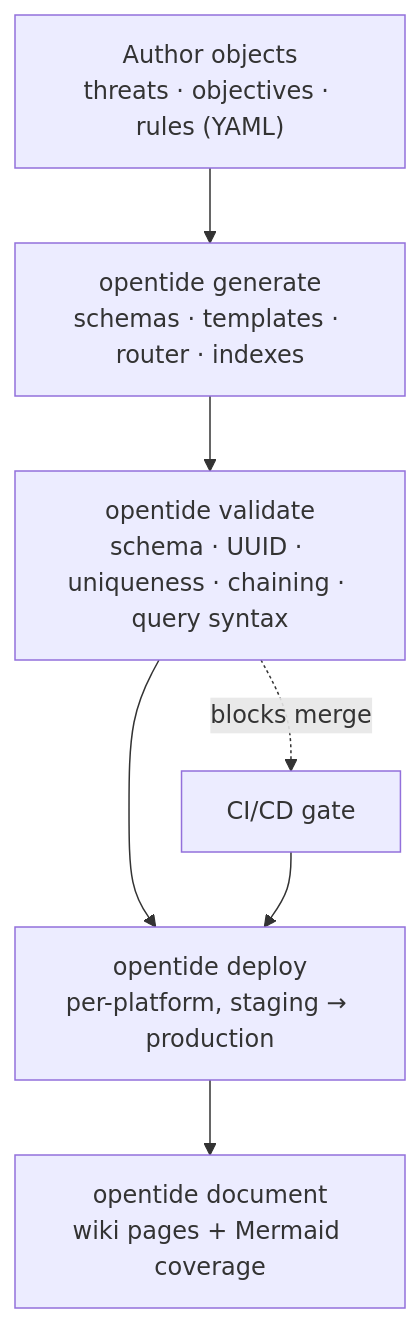
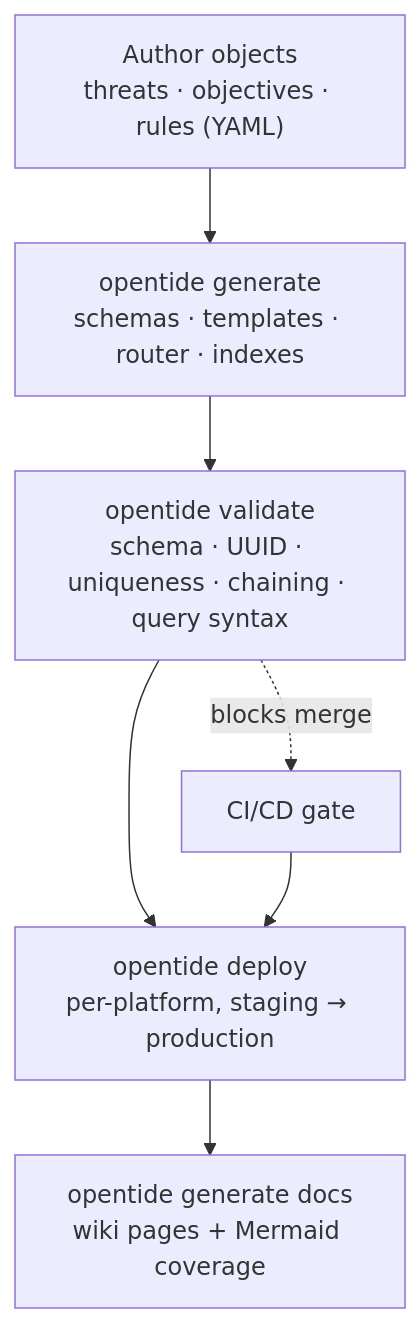
One commit to opentidehq/website changed the diagram in content/docs/usage/how-it-works.md. Above: the diagram before and after it, drawn with Mermaid. The commit also changed other lines of this file and 38 other files, not shown here.

````diff
--- a/content/docs/usage/how-it-works.md
+++ b/content/docs/usage/how-it-works.md
@@ -14,10 +14,10 @@
 ```mermaid
 flowchart TD
   author["Author objects<br/>threats · objectives · rules (YAML)"] --> generate
   generate["opentide generate<br/>schemas · templates · router · indexes"] --> validate
   validate["opentide validate<br/>schema · UUID · uniqueness · chaining · query syntax"] --> deploy
   deploy["opentide deploy<br/>per-platform, staging → production"] --> document
-  document["opentide document<br/>wiki pages + Mermaid coverage"]
+  document["opentide generate docs<br/>wiki pages + Mermaid coverage"]
   validate -.->|blocks merge| ci["CI/CD gate"]
   ci --> deploy
 ```
````
